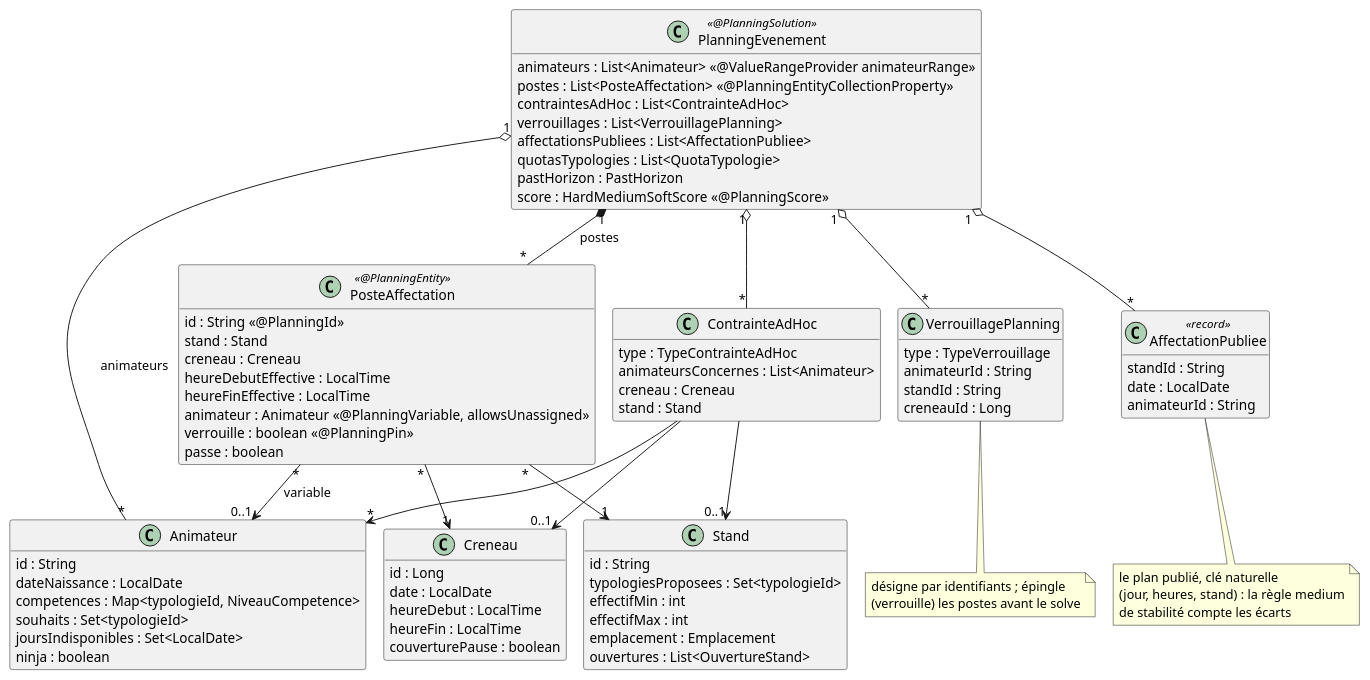
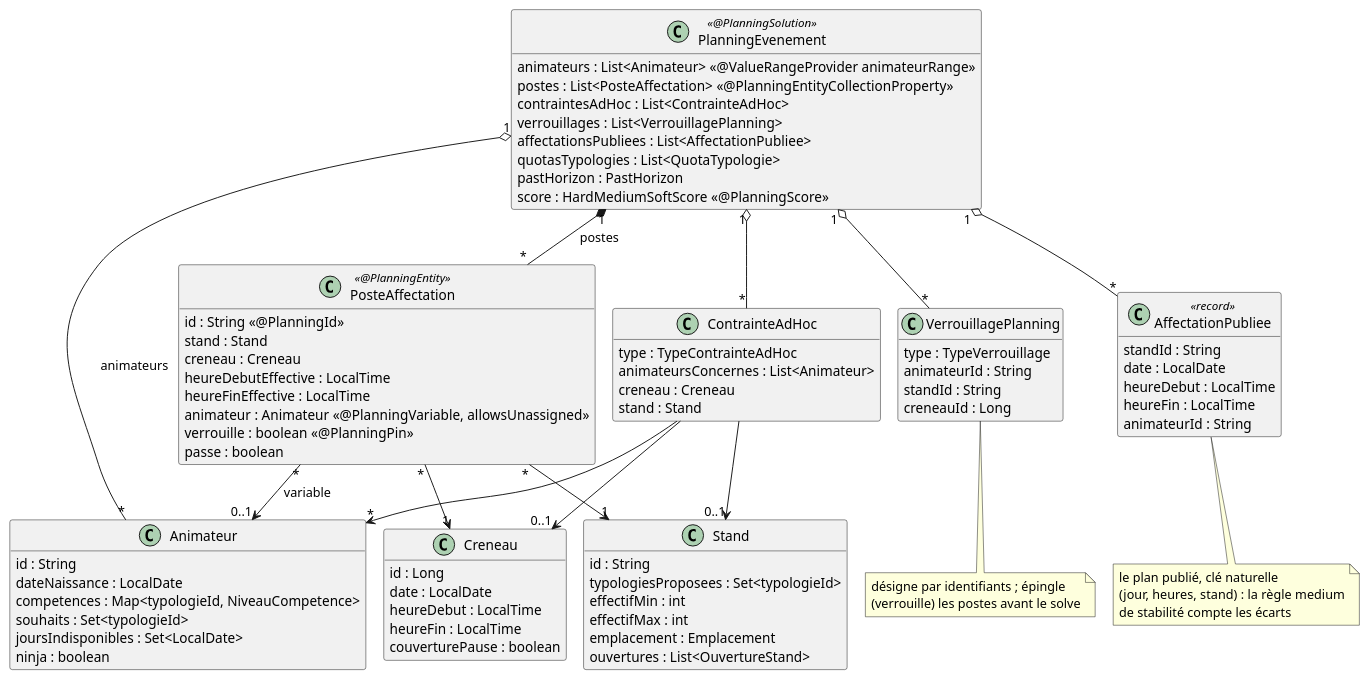
The diagram in docs/diagrammes/domaine.puml (sylvainmetayer/planning-equipes), drawn with PlantUML before and after one commit. The commit also changed 6 other files, not shown here.

First line of the commit message:
test(diagrammes): des contrôles qui ne laissent plus passer de dérive

```diff
--- a/docs/diagrammes/domaine.puml
+++ b/docs/diagrammes/domaine.puml
@@ -1,102 +1,104 @@
 @startuml
 ' Le modèle Timefold : une solution, une seule entité, une seule variable.
 ' Un poste est une place à tenir sur un stand pendant un créneau ; le solveur
 ' choisit qui la tient. Pas de variable fantôme. Les typologies ne sont pas
 ' des classes : des identifiants, portés par les animateurs et les stands.
 ' Seuls les champs qui comptent pour le solveur sont dessinés.
 ' Voir docs/domaine.md.
 !pragma layout smetana
 skinparam backgroundColor #FFFFFF
 skinparam classAttributeIconSize 0
 hide empty methods
 
 class PlanningEvenement <<@PlanningSolution>> {
   animateurs : List<Animateur> <<@ValueRangeProvider animateurRange>>
   postes : List<PosteAffectation> <<@PlanningEntityCollectionProperty>>
   contraintesAdHoc : List<ContrainteAdHoc>
   verrouillages : List<VerrouillagePlanning>
   affectationsPubliees : List<AffectationPubliee>
   quotasTypologies : List<QuotaTypologie>
   pastHorizon : PastHorizon
   score : HardMediumSoftScore <<@PlanningScore>>
 }
 
 class PosteAffectation <<@PlanningEntity>> {
   id : String <<@PlanningId>>
   stand : Stand
   creneau : Creneau
   heureDebutEffective : LocalTime
   heureFinEffective : LocalTime
   animateur : Animateur <<@PlanningVariable, allowsUnassigned>>
   verrouille : boolean <<@PlanningPin>>
   passe : boolean
 }
 
 class Animateur {
   id : String
   dateNaissance : LocalDate
   competences : Map<typologieId, NiveauCompetence>
   souhaits : Set<typologieId>
   joursIndisponibles : Set<LocalDate>
   ninja : boolean
 }
 
 class Stand {
   id : String
   typologiesProposees : Set<typologieId>
   effectifMin : int
   effectifMax : int
   emplacement : Emplacement
   ouvertures : List<OuvertureStand>
 }
 
 class Creneau {
   id : Long
   date : LocalDate
   heureDebut : LocalTime
   heureFin : LocalTime
   couverturePause : boolean
 }
 
 class ContrainteAdHoc {
   type : TypeContrainteAdHoc
   animateursConcernes : List<Animateur>
   creneau : Creneau
   stand : Stand
 }
 
 class VerrouillagePlanning {
   type : TypeVerrouillage
   animateurId : String
   standId : String
   creneauId : Long
 }
 
 class AffectationPubliee <<record>> {
   standId : String
   date : LocalDate
+  heureDebut : LocalTime
+  heureFin : LocalTime
   animateurId : String
 }
 
 PlanningEvenement "1" *-- "*" PosteAffectation : postes
 PlanningEvenement "1" o-- "*" Animateur : animateurs
 PlanningEvenement "1" o-- "*" ContrainteAdHoc
 PlanningEvenement "1" o-- "*" VerrouillagePlanning
 PlanningEvenement "1" o-- "*" AffectationPubliee
 PosteAffectation "*" --> "1" Stand
 PosteAffectation "*" --> "1" Creneau
 PosteAffectation "*" --> "0..1" Animateur : variable
 ContrainteAdHoc --> "*" Animateur
 ContrainteAdHoc --> "0..1" Creneau
 ContrainteAdHoc --> "0..1" Stand
 
 note bottom of VerrouillagePlanning
   désigne par identifiants ; épingle
   (verrouille) les postes avant le solve
 end note
 note bottom of AffectationPubliee
   le plan publié, clé naturelle
   (jour, heures, stand) : la règle medium
   de stabilité compte les écarts
 end note
 @enduml
```
